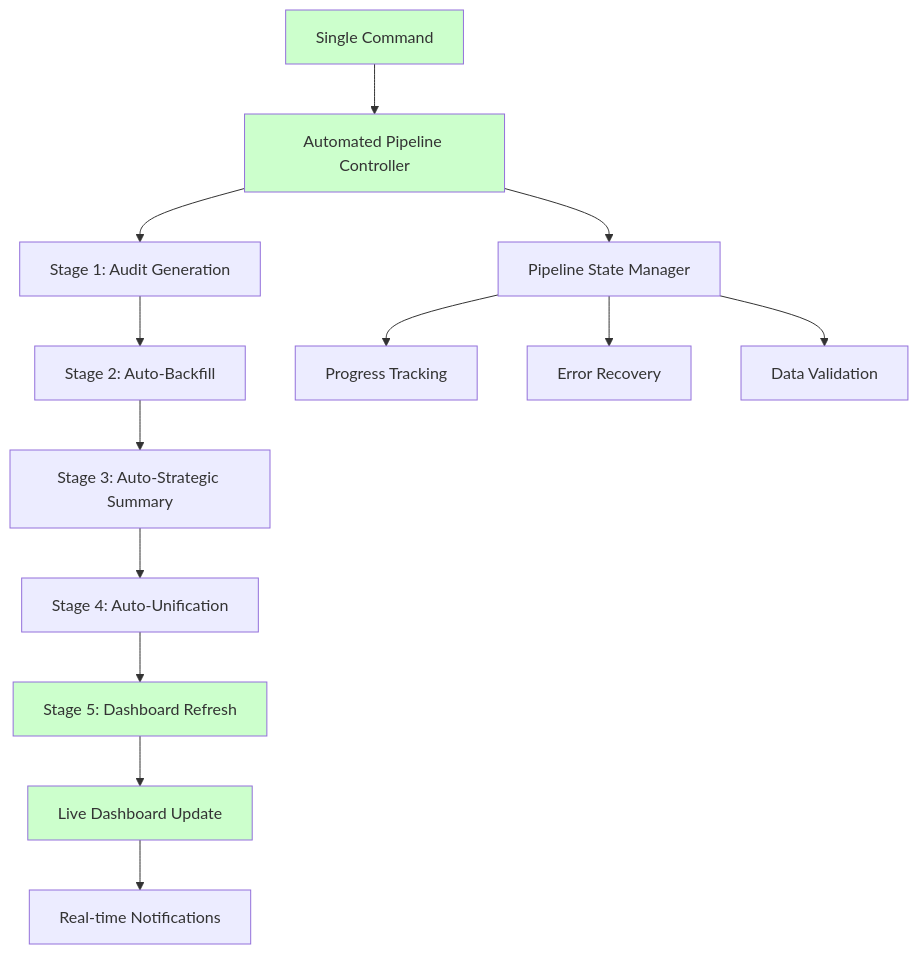
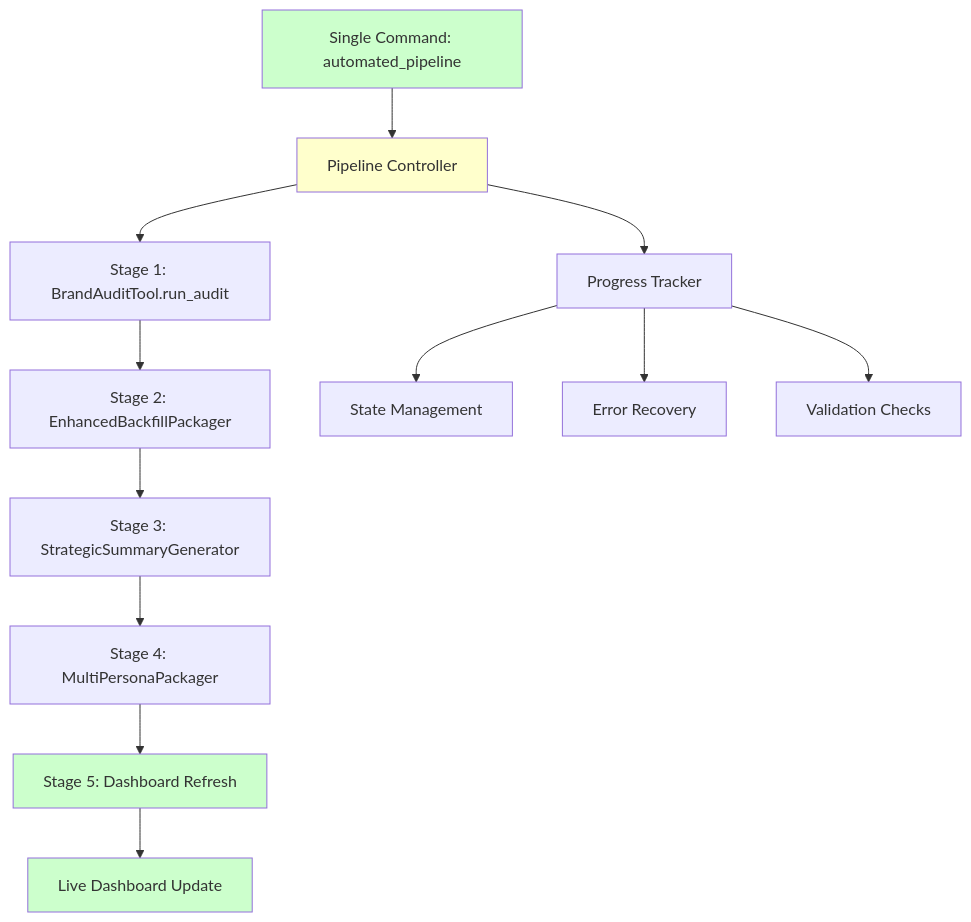
The second of 2 diagrams in product/data_strategy.md (jasonlmagnus/sopra_steria), drawn with Mermaid before and after one commit. The commit also changed other lines of this file and 31 other files, not shown here.

````diff
--- a/product/data_strategy.md
+++ b/product/data_strategy.md
@@ -610,21 +293,20 @@
 ```mermaid
 graph TD
-    A[Single Command] --> B[Automated Pipeline Controller]
-    B --> C[Stage 1: Audit Generation]
-    C --> D[Stage 2: Auto-Backfill]
-    D --> E[Stage 3: Auto-Strategic Summary]
-    E --> F[Stage 4: Auto-Unification]
+    A[Single Command: automated_pipeline] --> B[Pipeline Controller]
+    B --> C[Stage 1: BrandAuditTool.run_audit]
+    C --> D[Stage 2: EnhancedBackfillPackager]
+    D --> E[Stage 3: StrategicSummaryGenerator]
+    E --> F[Stage 4: MultiPersonaPackager]
     F --> G[Stage 5: Dashboard Refresh]
     G --> H[Live Dashboard Update]
-    H --> I[Real-time Notifications]
 
-    B --> J[Pipeline State Manager]
-    J --> K[Progress Tracking]
-    J --> L[Error Recovery]
-    J --> M[Data Validation]
+    B --> I[Progress Tracker]
+    I --> J[State Management]
+    I --> K[Error Recovery]
+    I --> L[Validation Checks]
 
     style A fill:#ccffcc
-    style B fill:#ccffcc
+    style B fill:#ffffcc
     style G fill:#ccffcc
     style H fill:#ccffcc
 ```
````
